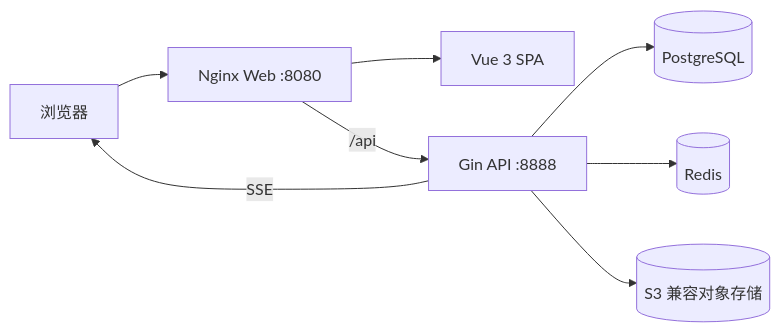
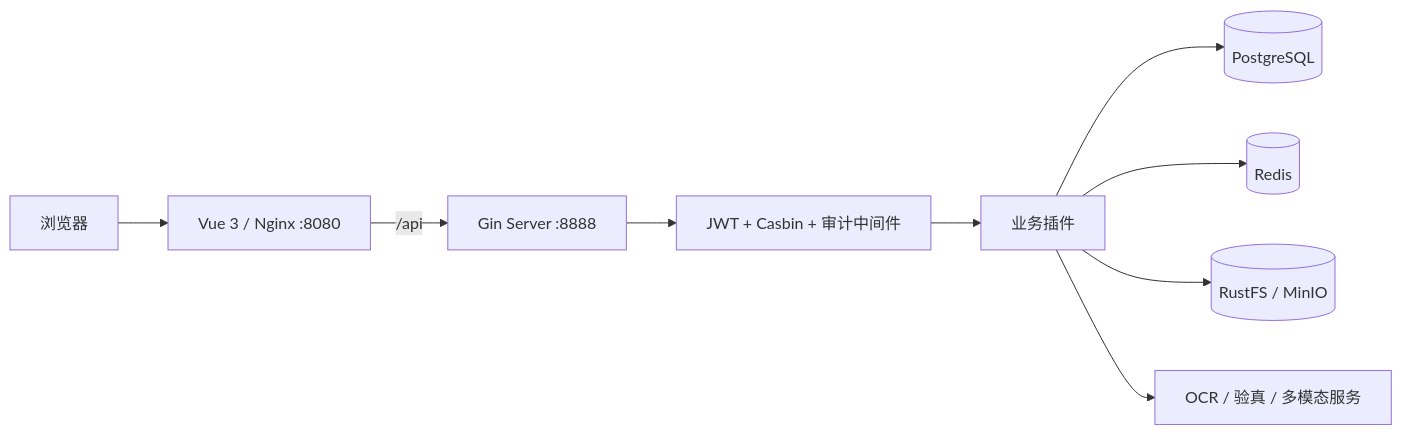
One commit to WangMi2022/YuYuan-Pass-System changed the third of 3 diagrams in README.md. Above: the diagram before and after it, drawn with Mermaid. The commit also changed other lines of this file and 10 other files, not shown here.

````diff
--- a/README.md
+++ b/README.md
@@ -126,10 +111,11 @@
 ```mermaid
 flowchart LR
-    U[浏览器] --> N[Nginx Web :8080]
-    N --> V[Vue 3 SPA]
-    N -->|/api| G[Gin API :8888]
-    G --> P[(PostgreSQL)]
-    G --> R[(Redis)]
-    G --> O[(S3 兼容对象存储)]
-    G -->|SSE| U
+    U["浏览器"] --> W["Vue 3 / Nginx :8080"]
+    W -->|"/api"| S["Gin Server :8888"]
+    S --> M["JWT + Casbin + 审计中间件"]
+    M --> P["业务插件"]
+    P --> DB[("PostgreSQL")]
+    P --> R[("Redis")]
+    P --> O[("RustFS / MinIO")]
+    P --> X["OCR / 验真 / 多模态服务"]
 ```
````
